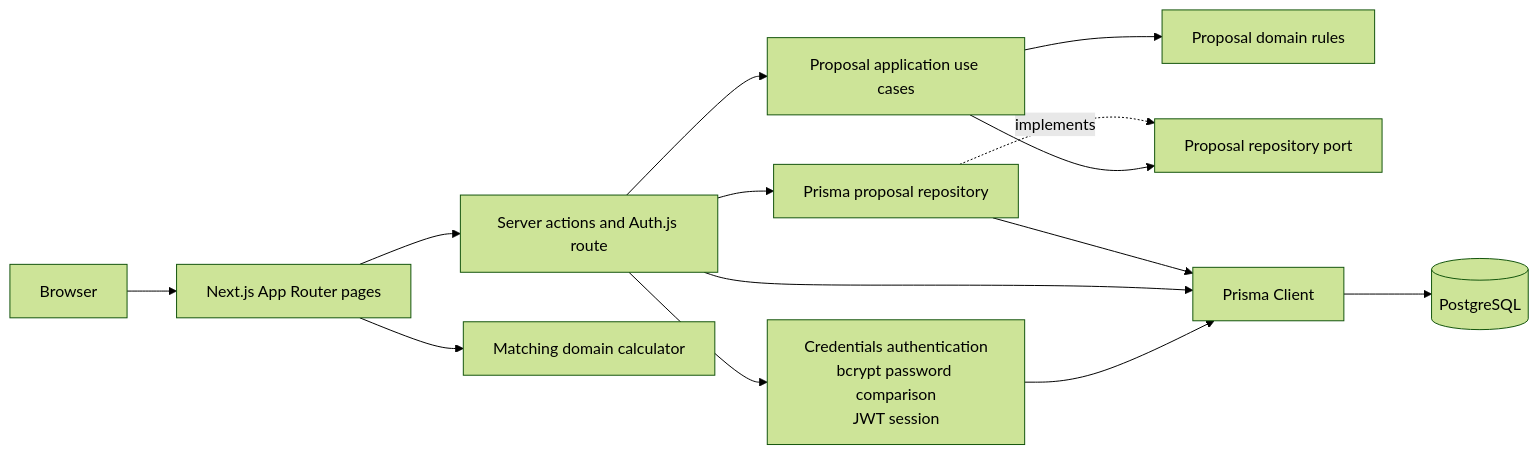
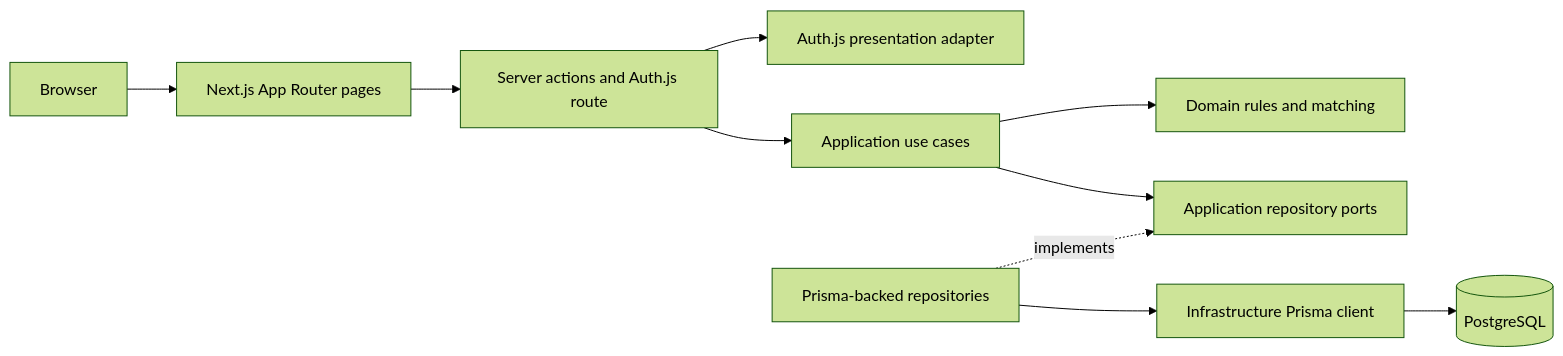
The second of 3 diagrams in README.md (souheil-moussa-22/CampusConnect), drawn with Mermaid (forest theme) before and after one commit. The commit also changed other lines of this file and 32 other files, not shown here.

Commit message:
refactor: enforce clean architecture boundaries

````diff
--- a/README.md
+++ b/README.md
@@ -105,28 +107,23 @@
 ```mermaid
 flowchart LR
     Browser[Browser]
     Pages[Next.js App Router pages]
     Actions[Server actions and Auth.js route]
-    Auth[Credentials authentication<br/>bcrypt password comparison<br/>JWT session]
-    UseCases[Proposal application use cases]
-    Rules[Proposal domain rules]
-    Ports[Proposal repository port]
-    Adapter[Prisma proposal repository]
-    Matching[Matching domain calculator]
-    Prisma[Prisma Client]
+    Auth[Auth.js presentation adapter]
+    UseCases[Application use cases]
+    Rules[Domain rules and matching]
+    Ports[Application repository ports]
+    Adapter[Prisma-backed repositories]
+    Prisma[Infrastructure Prisma client]
     DB[(PostgreSQL)]
 
     Browser --> Pages
     Pages --> Actions
     Actions --> Auth
-    Auth --> Prisma
     Actions --> UseCases
     UseCases --> Rules
     UseCases --> Ports
     Adapter -. implements .-> Ports
-    Actions --> Adapter
-    Pages --> Matching
-    Actions --> Prisma
     Adapter --> Prisma
     Prisma --> DB
 ```
````
